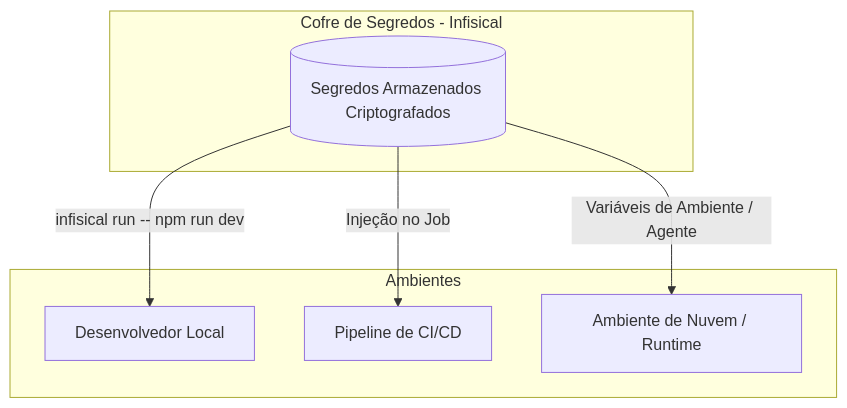
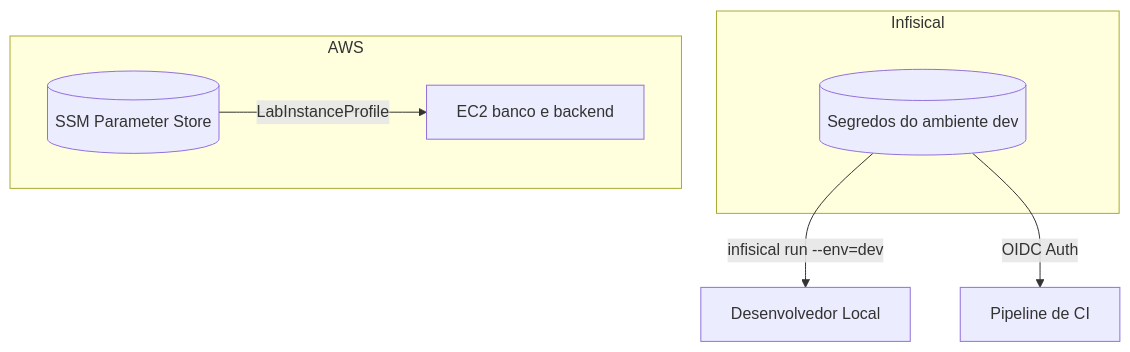
Before and after one commit to webdevmatias/cloudops-lab: the diagram in docs/seguranca/README.md, drawn with Mermaid. The commit also changed other lines of this file and 15 other files, not shown here.

Commit message:
feat: implementa estratégia híbrida de gerenciamento de segredos com Infisical e SSM Parameter Store

````diff
--- a/docs/seguranca/README.md
+++ b/docs/seguranca/README.md
@@ -21,16 +25,15 @@
 ```mermaid
 flowchart TD
-    subgraph SecretVault [Cofre de Segredos - Infisical]
-        Secrets[(Segredos Armazenados Criptografados)]
+    subgraph Infisical [Infisical]
+        DevSecrets[(Segredos do ambiente dev)]
     end
 
-    subgraph Ambientes
-        Dev[Desenvolvedor Local]
-        CICD[Pipeline de CI/CD]
-        Cloud[Ambiente de Nuvem / Runtime]
+    subgraph AWS [AWS]
+        SSM[(SSM Parameter Store)]
+        EC2[EC2 banco e backend]
     end
 
-    Secrets -->|infisical run -- npm run dev| Dev
-    Secrets -->|Injeção no Job| CICD
-    Secrets -->|Variáveis de Ambiente / Agente| Cloud
+    DevSecrets -->|infisical run --env=dev| Local[Desenvolvedor Local]
+    DevSecrets -->|OIDC Auth| CI[Pipeline de CI]
+    SSM -->|LabInstanceProfile| EC2
 ```
````
